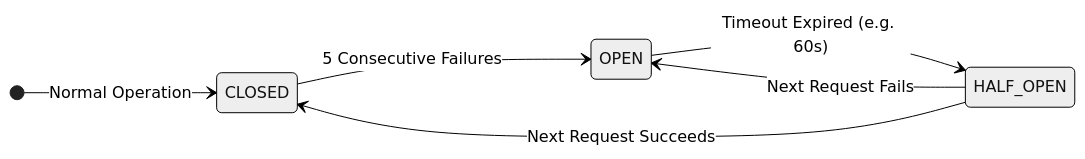
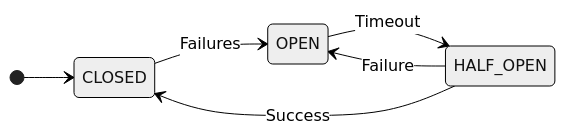
The diagram in backend/RELIABILITY.md (DeviPrasad7/Ideal-Customer-Profile-Agent), drawn with Mermaid (neutral theme) before and after one commit. The commit also changed other lines of this file and 7 other files, not shown here.

Commit message:
docs: add comprehensive project architecture documentation and development guidelines

````diff
--- a/backend/RELIABILITY.md
+++ b/backend/RELIABILITY.md
@@ -25,10 +21,10 @@
 ```mermaid
 stateDiagram-v2
     direction LR
-    [*] --> CLOSED : Normal Operation
-    CLOSED --> OPEN : 5 Consecutive Failures
-    OPEN --> HALF_OPEN : Timeout Expired (e.g. 60s)
+    [*] --> CLOSED
+    CLOSED --> OPEN : Failures
+    OPEN --> HALF_OPEN : Timeout
     
-    HALF_OPEN --> CLOSED : Next Request Succeeds
-    HALF_OPEN --> OPEN : Next Request Fails
+    HALF_OPEN --> CLOSED : Success
+    HALF_OPEN --> OPEN : Failure
 ```
````
